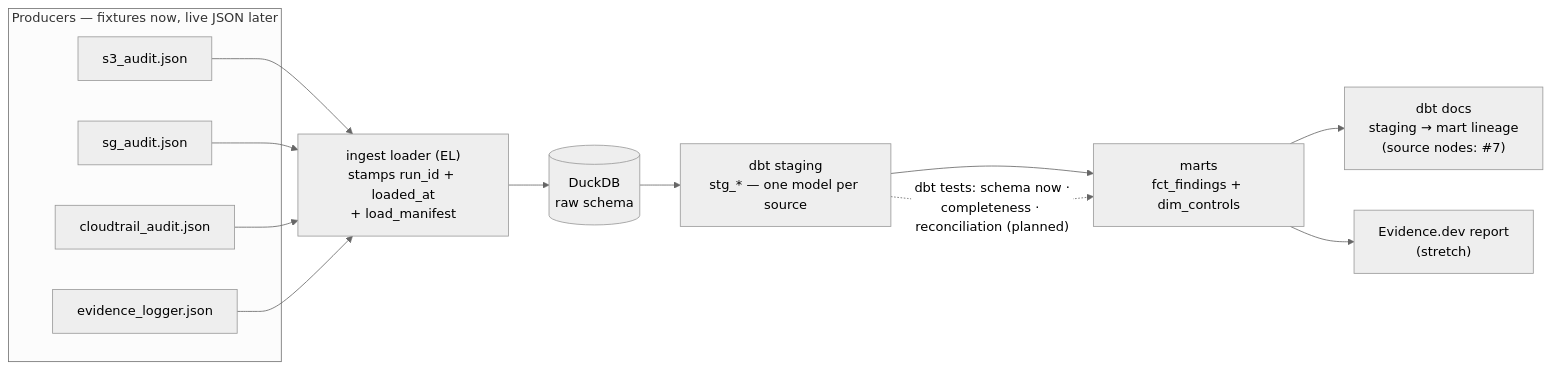
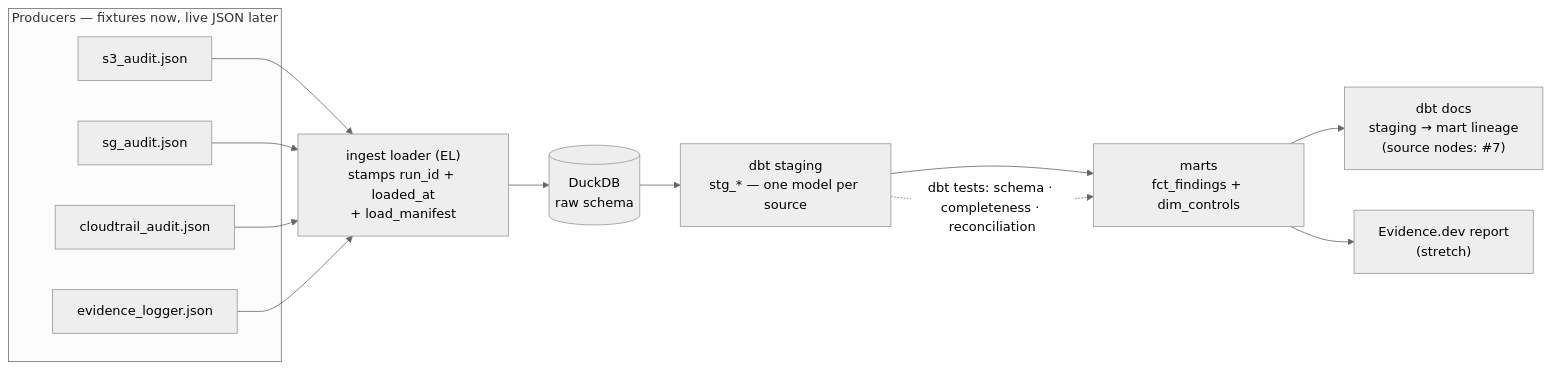
One commit to 0xBahalaNa/grc-engineering-evidence-warehouse changed the diagram in README.md. Above: the diagram before and after it, drawn with Mermaid (neutral theme). The commit also changed other lines of this file and 7 other files, not shown here.

Commit message:
feat: add completeness and reconciliation dbt tests (#33)

````diff
--- a/README.md
+++ b/README.md
@@ -25,16 +25,16 @@
 ```mermaid
 graph LR
     subgraph P [Producers — fixtures now, live JSON later]
         A1[s3_audit.json]
         A2[sg_audit.json]
         A3[cloudtrail_audit.json]
         A4[evidence_logger.json]
     end
     A1 & A2 & A3 & A4 --> B["ingest loader (EL)<br/>stamps run_id + loaded_at<br/>+ load_manifest"]
     B --> C[("DuckDB<br/>raw schema")]
     C --> D["dbt staging<br/>stg_* — one model per source"]
     D --> E["marts<br/>fct_findings + dim_controls"]
     E --> F["dbt docs<br/>staging → mart lineage<br/>(source nodes: #7)"]
     E --> G["Evidence.dev report<br/>(stretch)"]
-    D -.->|"dbt tests: schema now ·<br/>completeness · reconciliation (planned)"| E
+    D -.->|"dbt tests: schema · completeness · reconciliation"| E
 ```
````
